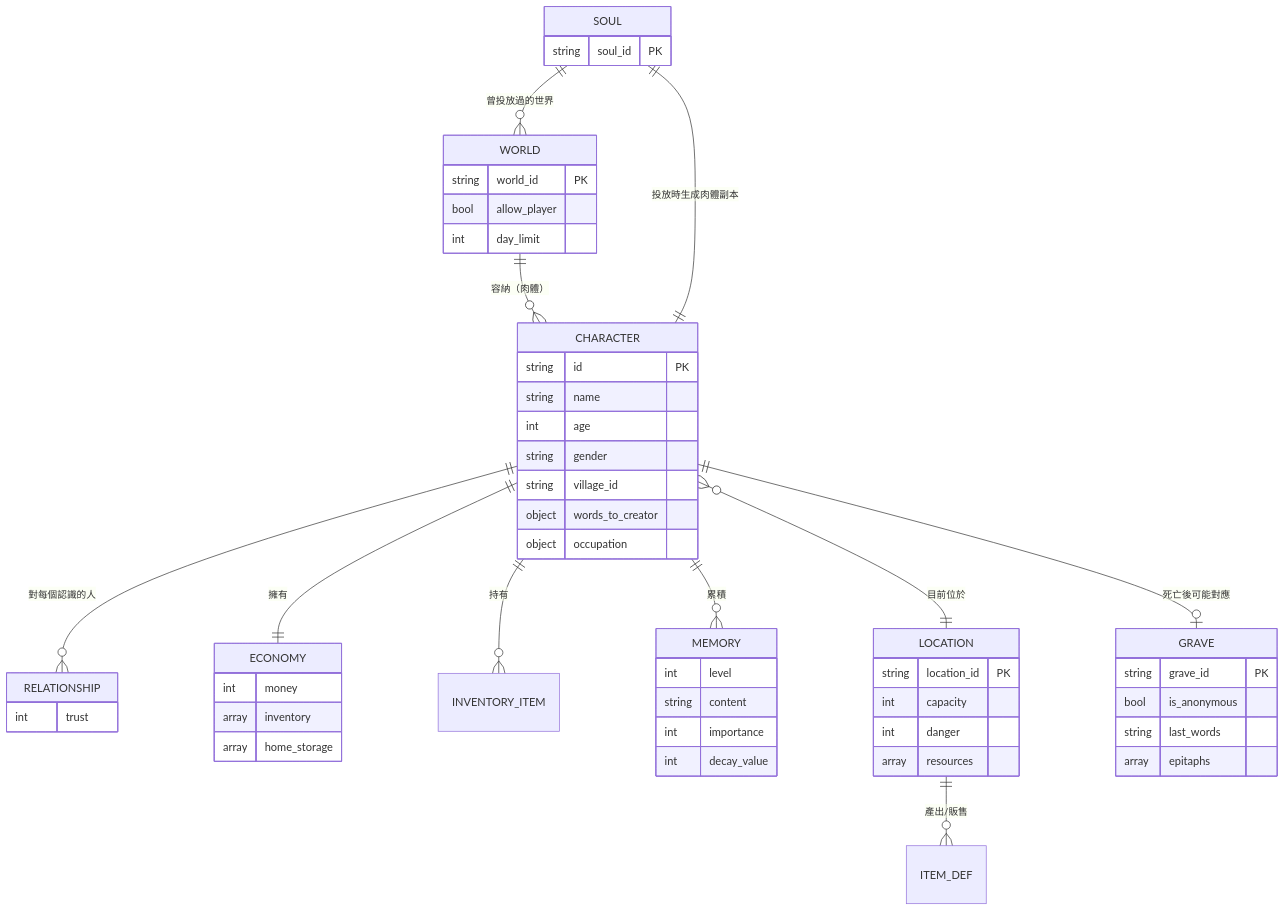
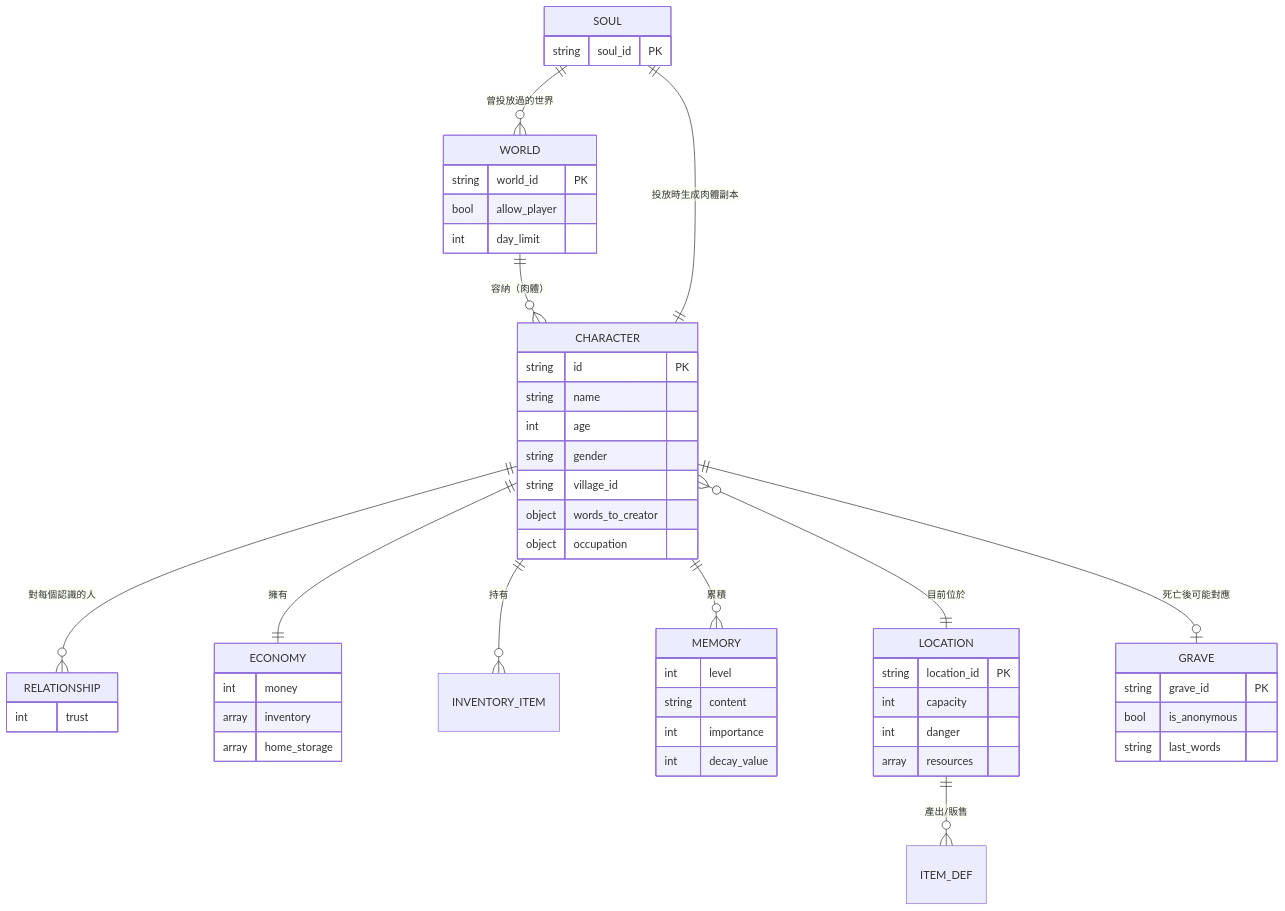
Before and after one commit to adez360/Ailley: the third of 7 diagrams in note/規格書/13_系統分析與系統設計.md, drawn with Mermaid. The commit also changed other lines of this file and 7 other files, not shown here.

````diff
--- a/note/規格書/13_系統分析與系統設計.md
+++ b/note/規格書/13_系統分析與系統設計.md
@@ -164,57 +164,56 @@
 ```mermaid
 erDiagram
     CHARACTER ||--o{ RELATIONSHIP : "對每個認識的人"
     CHARACTER ||--|| ECONOMY : "擁有"
     CHARACTER ||--o{ INVENTORY_ITEM : "持有"
     CHARACTER ||--o{ MEMORY : "累積"
     CHARACTER }o--|| LOCATION : "目前位於"
     CHARACTER ||--o| GRAVE : "死亡後可能對應"
     LOCATION ||--o{ ITEM_DEF : "產出/販售"
     WORLD ||--o{ CHARACTER : "容納（肉體）"
     SOUL ||--o{ WORLD : "曾投放過的世界"
     SOUL ||--|| CHARACTER : "投放時生成肉體副本"
 
     CHARACTER {
         string id PK
         string name
         int age
         string gender
         string village_id
         object words_to_creator
         object occupation
     }
     RELATIONSHIP {
         int trust
     }
     ECONOMY {
         int money
         array inventory
         array home_storage
     }
     MEMORY {
         int level
         string content
         int importance
         int decay_value
     }
     LOCATION {
         string location_id PK
         int capacity
         int danger
         array resources
     }
     GRAVE {
         string grave_id PK
         bool is_anonymous
         string last_words
-        array epitaphs
     }
     WORLD {
         string world_id PK
         bool allow_player
         int day_limit
     }
     SOUL {
         string soul_id PK
     }
 ```
````
